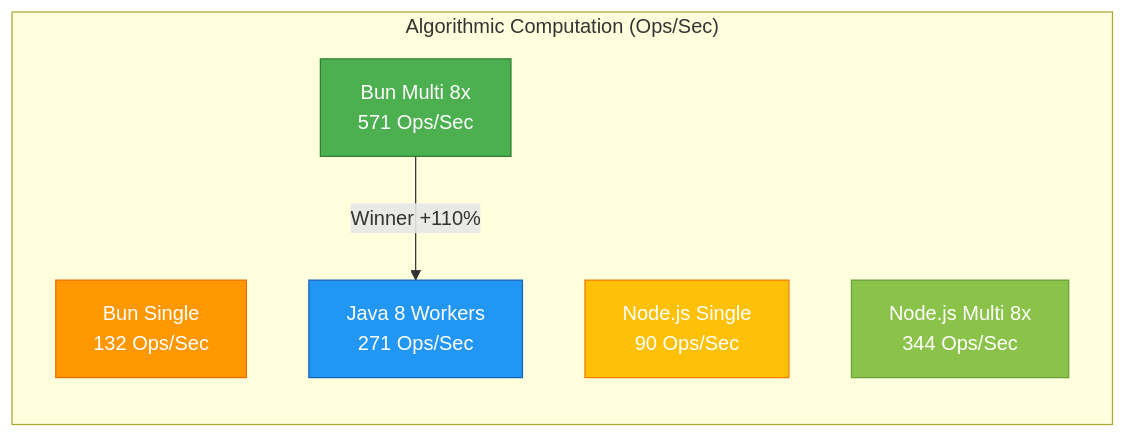
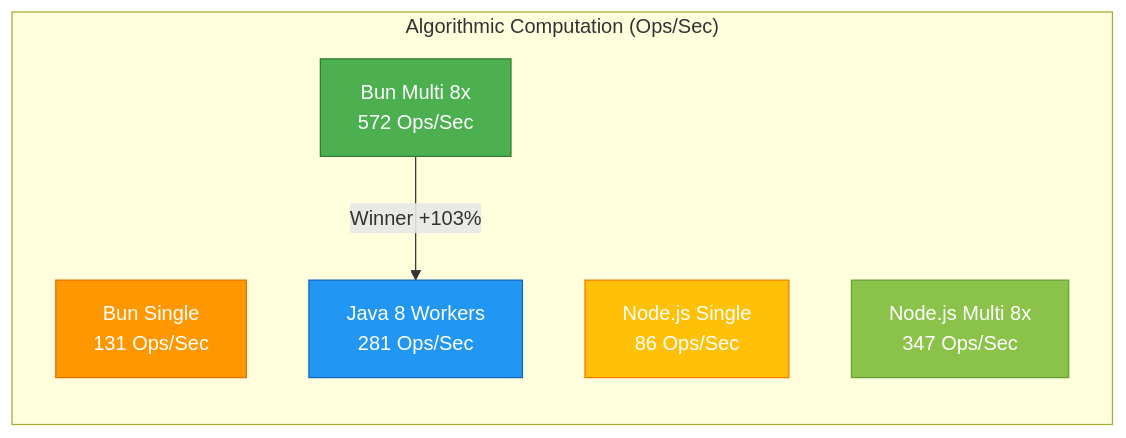
One commit to Frtrillo/benchmark-nodejs-java-process-mqtt-payloads changed the third of 5 diagrams in readme.md. Above: the diagram before and after it, drawn with Mermaid. The commit also changed other lines of this file and 3 other files, not shown here.

````diff
--- a/readme.md
+++ b/readme.md
@@ -196,18 +196,18 @@
 ```mermaid
 graph LR
     subgraph "Algorithmic Computation (Ops/Sec)"
-        A[Bun Single<br/>132 Ops/Sec] 
-        B[Bun Multi 8x<br/>571 Ops/Sec]
-        C[Node.js Single<br/>90 Ops/Sec]
-        D[Node.js Multi 8x<br/>344 Ops/Sec]
-        E[Java 8 Workers<br/>271 Ops/Sec]
+        A[Bun Single<br/>131 Ops/Sec] 
+        B[Bun Multi 8x<br/>572 Ops/Sec]
+        C[Node.js Single<br/>86 Ops/Sec]
+        D[Node.js Multi 8x<br/>347 Ops/Sec]
+        E[Java 8 Workers<br/>281 Ops/Sec]
     end
     
-    B --> |Winner +110%| E
+    B --> |Winner +103%| E
     
     style B fill:#4CAF50,stroke:#2E7D32,color:#fff
     style D fill:#8BC34A,stroke:#689F38,color:#fff
     style E fill:#2196F3,stroke:#1565C0,color:#fff
     style A fill:#FF9800,stroke:#EF6C00,color:#fff
     style C fill:#FFC107,stroke:#F57C00,color:#fff
 ```
````
